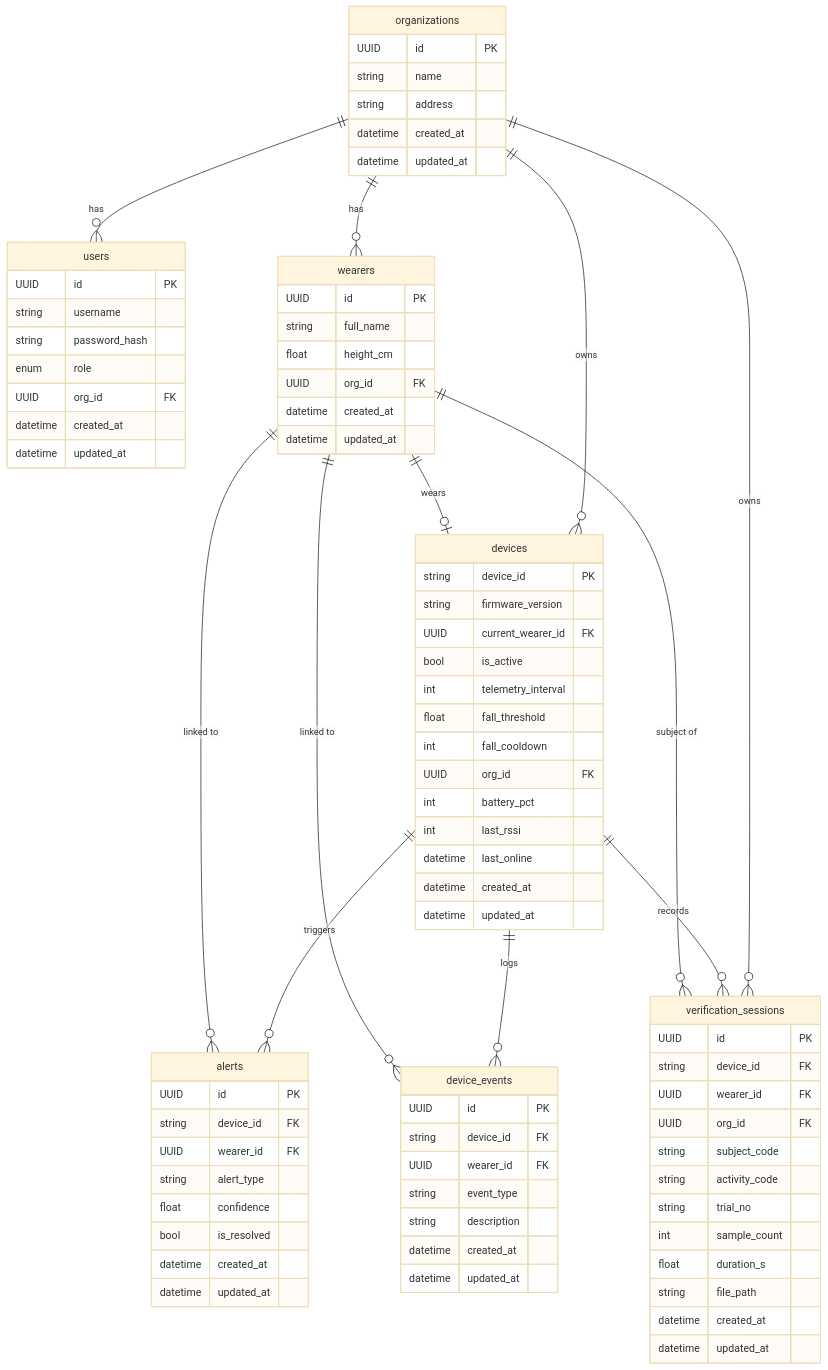
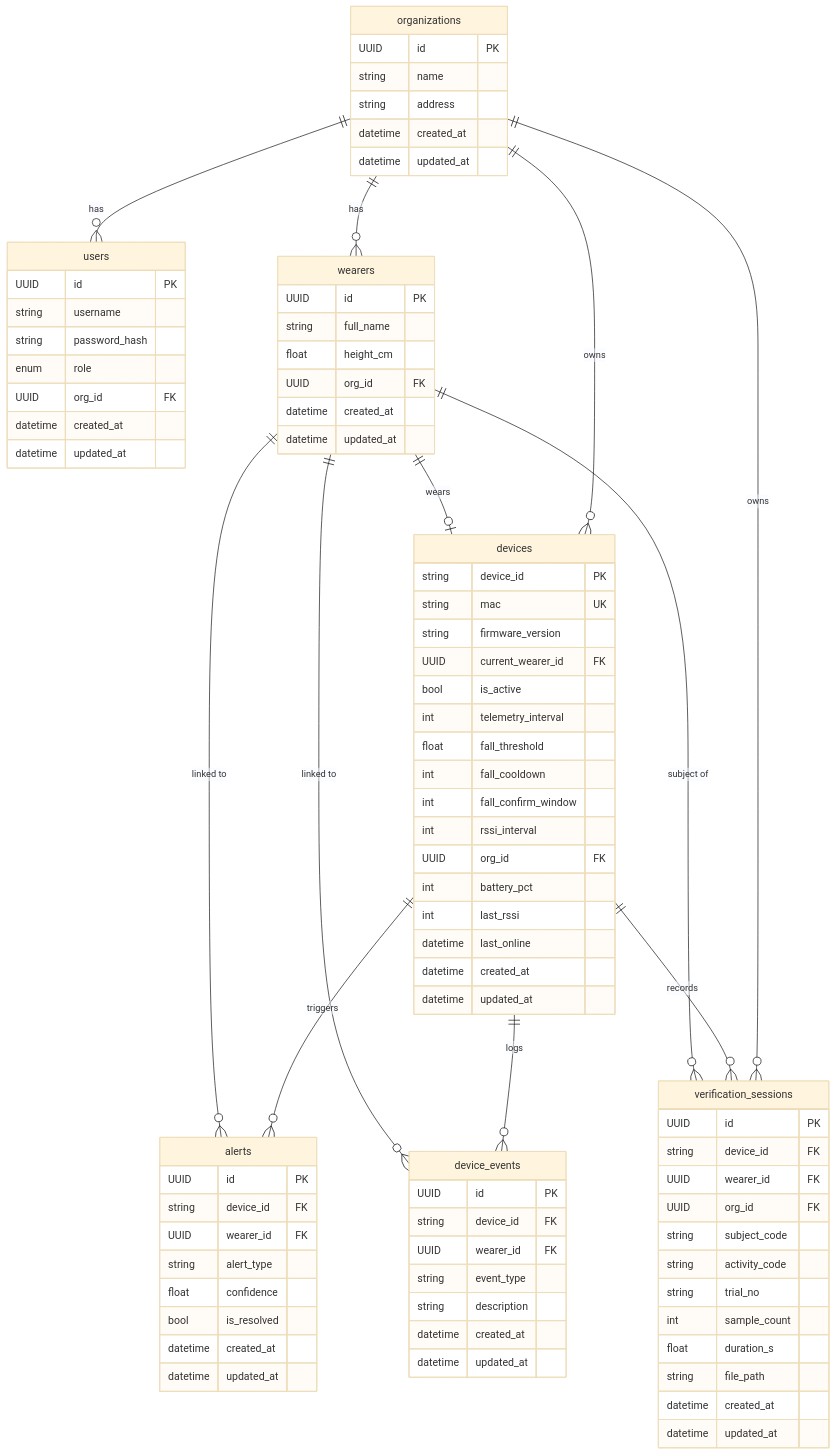
Before and after one commit to vmh714/datn_agent_skills: the diagram in project_setup/architecture/db_schema.md, drawn with Mermaid (base theme). The commit also changed other lines of this file and 28 other files, not shown here.

```diff
--- a/project_setup/architecture/db_schema.md
+++ b/project_setup/architecture/db_schema.md
@@ -72,12 +78,15 @@
     }
     devices {
         string device_id PK
+        string mac UK
         string firmware_version
         UUID current_wearer_id FK
         bool is_active
         int telemetry_interval
         float fall_threshold
         int fall_cooldown
+        int fall_confirm_window
+        int rssi_interval
         UUID org_id FK
         int battery_pct
         int last_rssi
```
